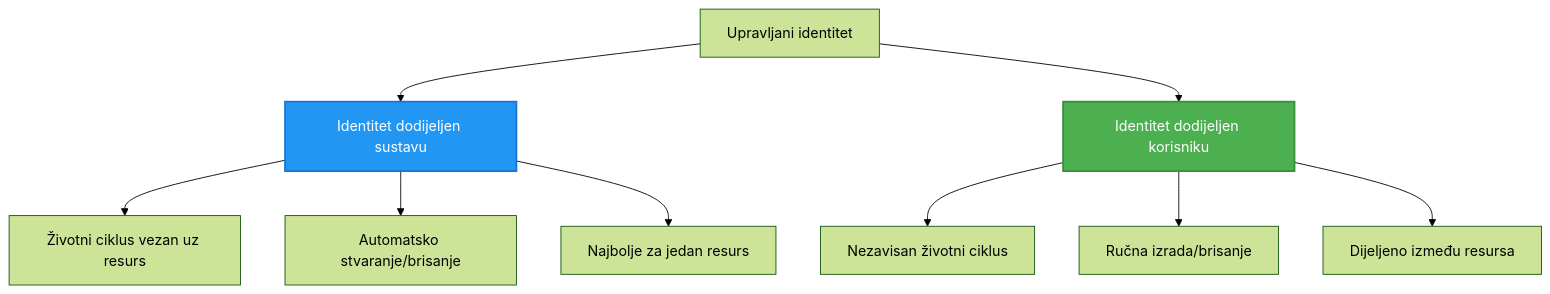
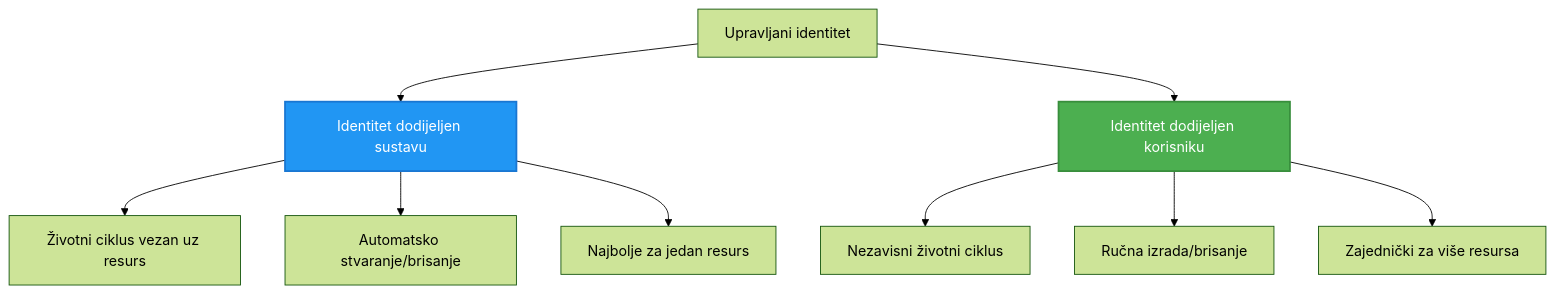
Before and after one commit to microsoft/AZD-for-beginners: the second of 2 diagrams in translations/hr/docs/chapter-03-configuration/authsecurity.md, drawn with Mermaid (forest theme). The commit also changed other lines of this file and 104 other files, not shown here.

````diff
--- a/translations/hr/docs/chapter-03-configuration/authsecurity.md
+++ b/translations/hr/docs/chapter-03-configuration/authsecurity.md
@@ -97,20 +98,20 @@
 ```mermaid
 graph TB
     MI[Upravljani identitet]
     SystemAssigned[Identitet dodijeljen sustavu]
     UserAssigned[Identitet dodijeljen korisniku]
     
     MI --> SystemAssigned
     MI --> UserAssigned
     
     SystemAssigned --> SA1[Životni ciklus vezan uz resurs]
     SystemAssigned --> SA2[Automatsko stvaranje/brisanje]
     SystemAssigned --> SA3[Najbolje za jedan resurs]
     
-    UserAssigned --> UA1[Nezavisan životni ciklus]
+    UserAssigned --> UA1[Nezavisni životni ciklus]
     UserAssigned --> UA2[Ručna izrada/brisanje]
-    UserAssigned --> UA3[Dijeljeno između resursa]
+    UserAssigned --> UA3[Zajednički za više resursa]
     
     style SystemAssigned fill:#2196F3,stroke:#1976D2,stroke-width:2px,color:#fff
     style UserAssigned fill:#4CAF50,stroke:#388E3C,stroke-width:2px,color:#fff
 ```
````
